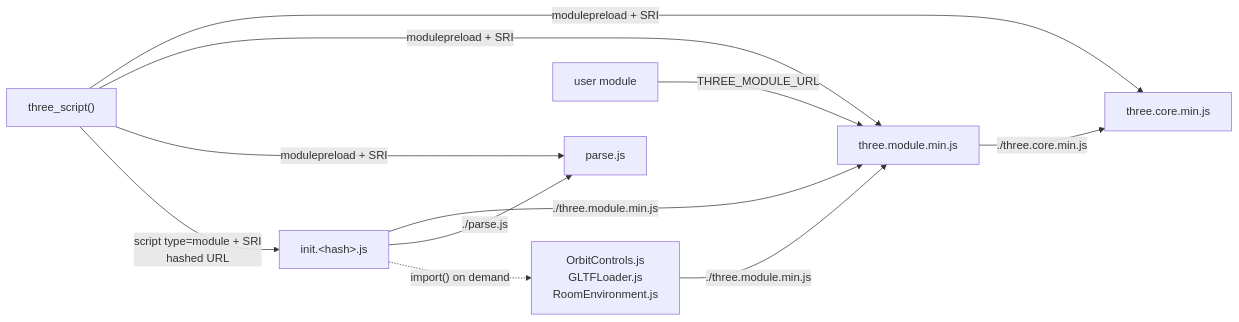
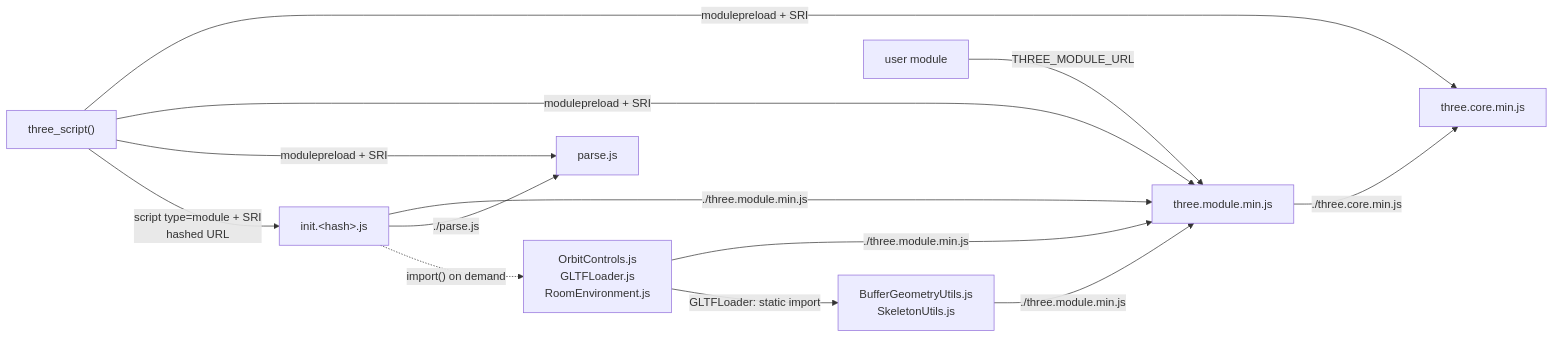
Before and after one commit to autumn-foundation/autumn-plugin-three: the diagram in docs/adr/0001-esm-module-graph.md, drawn with Mermaid. The commit also changed other lines of this file and 26 other files, not shown here.

````diff
--- a/docs/adr/0001-esm-module-graph.md
+++ b/docs/adr/0001-esm-module-graph.md
@@ -32,13 +36,15 @@
 ```mermaid
 flowchart LR
     T["three_script()"] -->|"modulepreload + SRI"| C["three.core.min.js"]
     T -->|"modulepreload + SRI"| M["three.module.min.js"]
     T -->|"modulepreload + SRI"| P["parse.js"]
     T -->|"script type=module + SRI<br/>hashed URL"| I["init.&lt;hash&gt;.js"]
     I -->|"./three.module.min.js"| M
     M -->|"./three.core.min.js"| C
     I -->|"./parse.js"| P
     I -.->|"import() on demand"| A["OrbitControls.js<br/>GLTFLoader.js<br/>RoomEnvironment.js"]
     A -->|"./three.module.min.js"| M
+    A -->|"GLTFLoader: static import"| X["BufferGeometryUtils.js<br/>SkeletonUtils.js"]
+    X -->|"./three.module.min.js"| M
     U["user module"] -->|"THREE_MODULE_URL"| M
 ```
````
